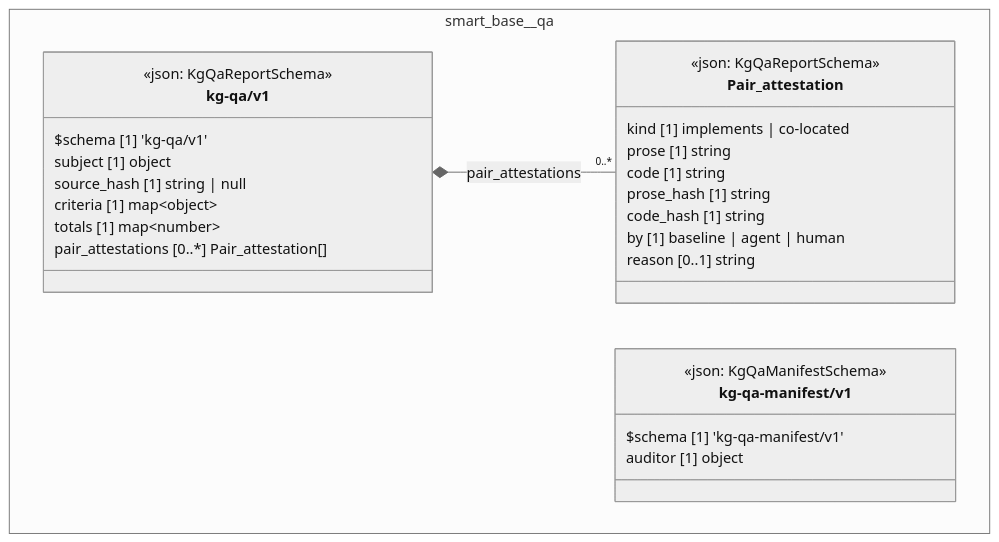
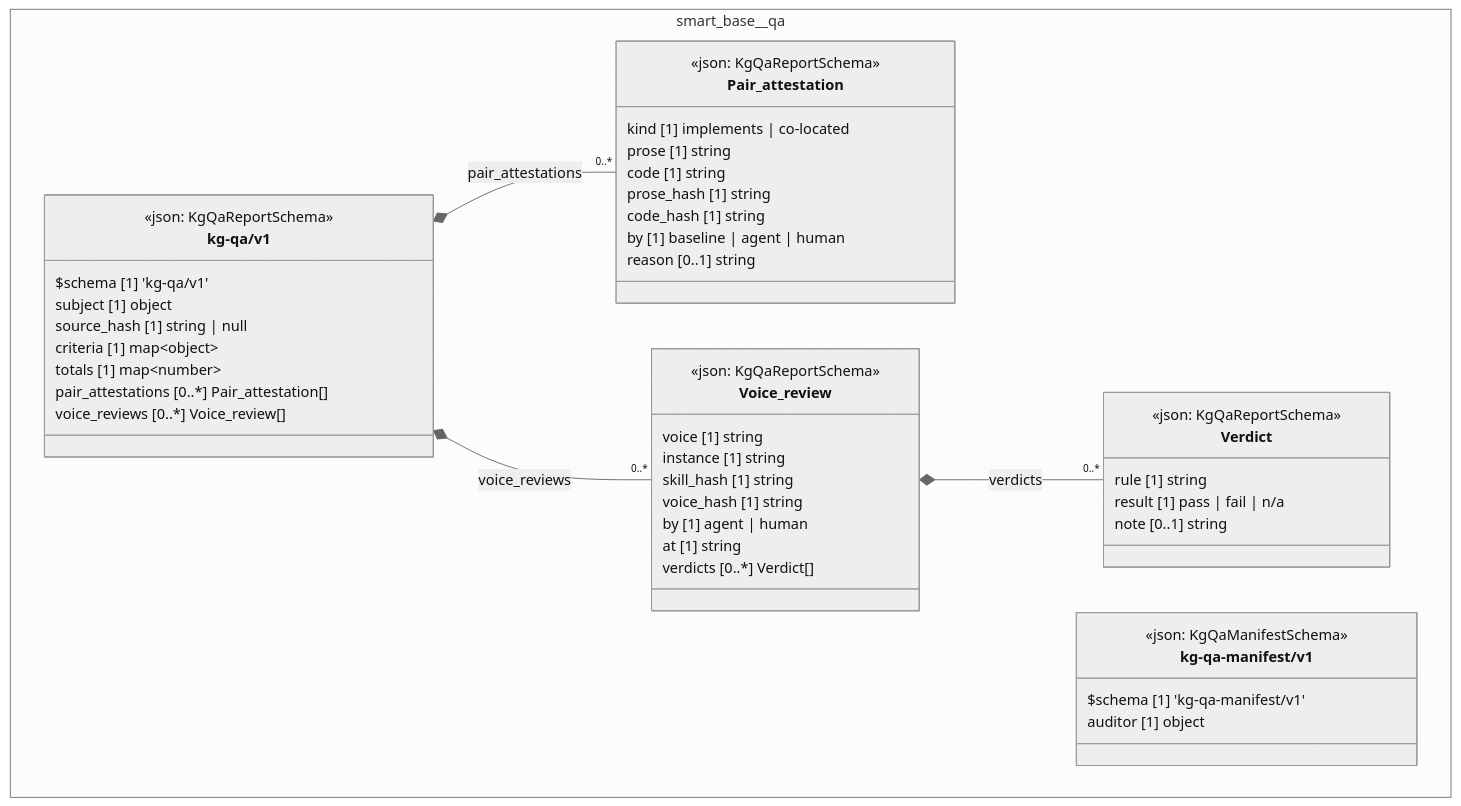
The diagram in cat-harness/docs/uml/overview/smart-base/qa.md (litlfred/folio-assistant), drawn with Mermaid (neutral theme) before and after one commit. The commit also changed 573 other files, not shown here.

First line of the commit message:
rkqp: agentic review axis for skills against the skill voices

````diff
--- a/cat-harness/docs/uml/overview/smart-base/qa.md
+++ b/cat-harness/docs/uml/overview/smart-base/qa.md
@@ -42,34 +42,55 @@
 ```mermaid
 classDiagram
   direction TB
   namespace smart_base__qa {
     class smart_base_qa_kg_qa_v1_Pair_attestation["Pair_attestation"] {
       <<json: KgQaReportSchema>>
       kind [1] implements | co-located
       prose [1] string
       code [1] string
       prose_hash [1] string
       code_hash [1] string
       by [1] baseline | agent | human
       reason [0..1] string
     }
+    class smart_base_qa_kg_qa_v1_Verdict["Verdict"] {
+      <<json: KgQaReportSchema>>
+      rule [1] string
+      result [1] pass | fail | n/a
+      note [0..1] string
+    }
+    class smart_base_qa_kg_qa_v1_Voice_review["Voice_review"] {
+      <<json: KgQaReportSchema>>
+      voice [1] string
+      instance [1] string
+      skill_hash [1] string
+      voice_hash [1] string
+      by [1] agent | human
+      at [1] string
+      verdicts [0..*] Verdict[]
+    }
     class smart_base_qa_kg_qa_v1_kg_qa_v1["kg-qa/v1"] {
       <<json: KgQaReportSchema>>
       $schema [1] 'kg-qa/v1'
       subject [1] object
       source_hash [1] string | null
       criteria [1] map~object~
       totals [1] map~number~
       pair_attestations [0..*] Pair_attestation[]
+      voice_reviews [0..*] Voice_review[]
     }
     class smart_base_qa_kg_qa_manifest_v1_kg_qa_manifest_v1["kg-qa-manifest/v1"] {
       <<json: KgQaManifestSchema>>
       $schema [1] 'kg-qa-manifest/v1'
       auditor [1] object
     }
   }
   smart_base_qa_kg_qa_v1_kg_qa_v1 *-- "0..*" smart_base_qa_kg_qa_v1_Pair_attestation : pair_attestations
+  smart_base_qa_kg_qa_v1_Voice_review *-- "0..*" smart_base_qa_kg_qa_v1_Verdict : verdicts
+  smart_base_qa_kg_qa_v1_kg_qa_v1 *-- "0..*" smart_base_qa_kg_qa_v1_Voice_review : voice_reviews
   cssClass "smart_base_qa_kg_qa_v1_Pair_attestation" fa_uml_kind_qa
+  cssClass "smart_base_qa_kg_qa_v1_Verdict" fa_uml_kind_qa
+  cssClass "smart_base_qa_kg_qa_v1_Voice_review" fa_uml_kind_qa
   cssClass "smart_base_qa_kg_qa_v1_kg_qa_v1" fa_uml_kind_qa
   cssClass "smart_base_qa_kg_qa_manifest_v1_kg_qa_manifest_v1" fa_uml_kind_qa
 ```
````
